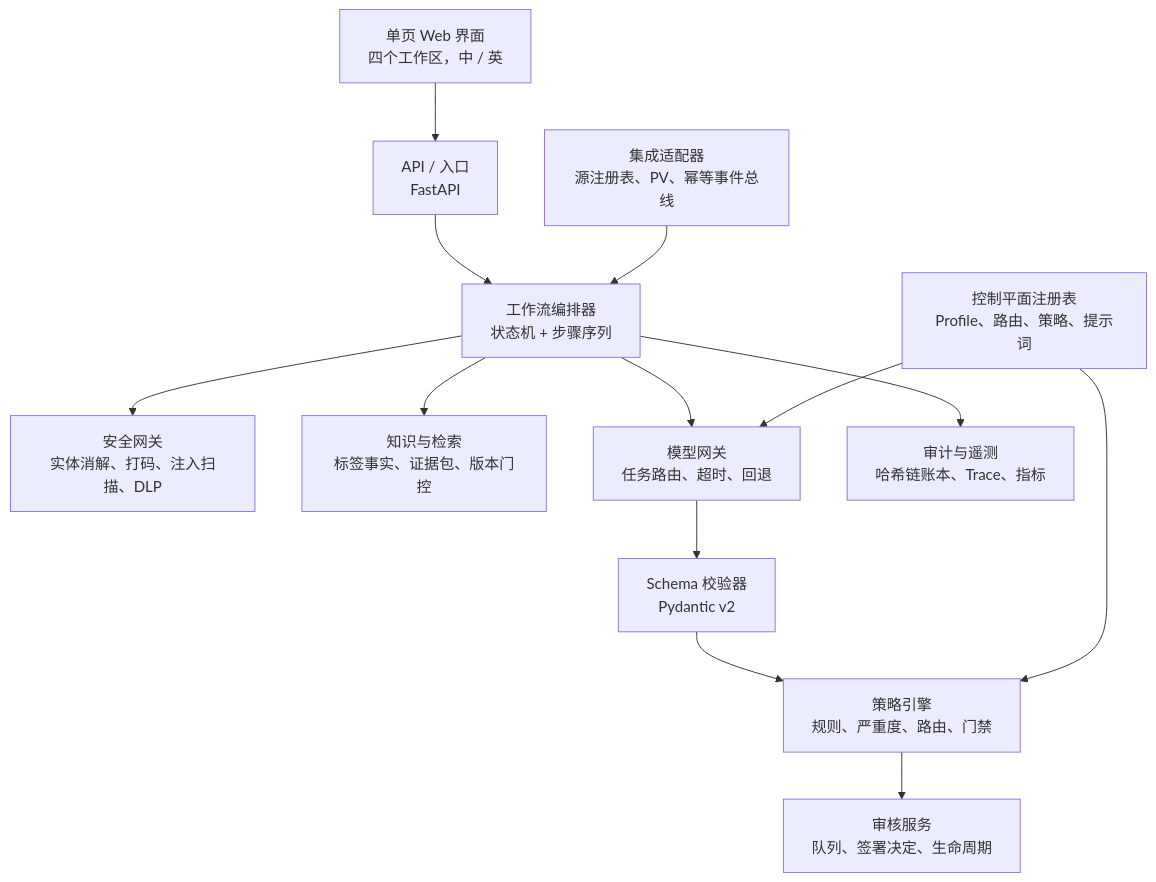
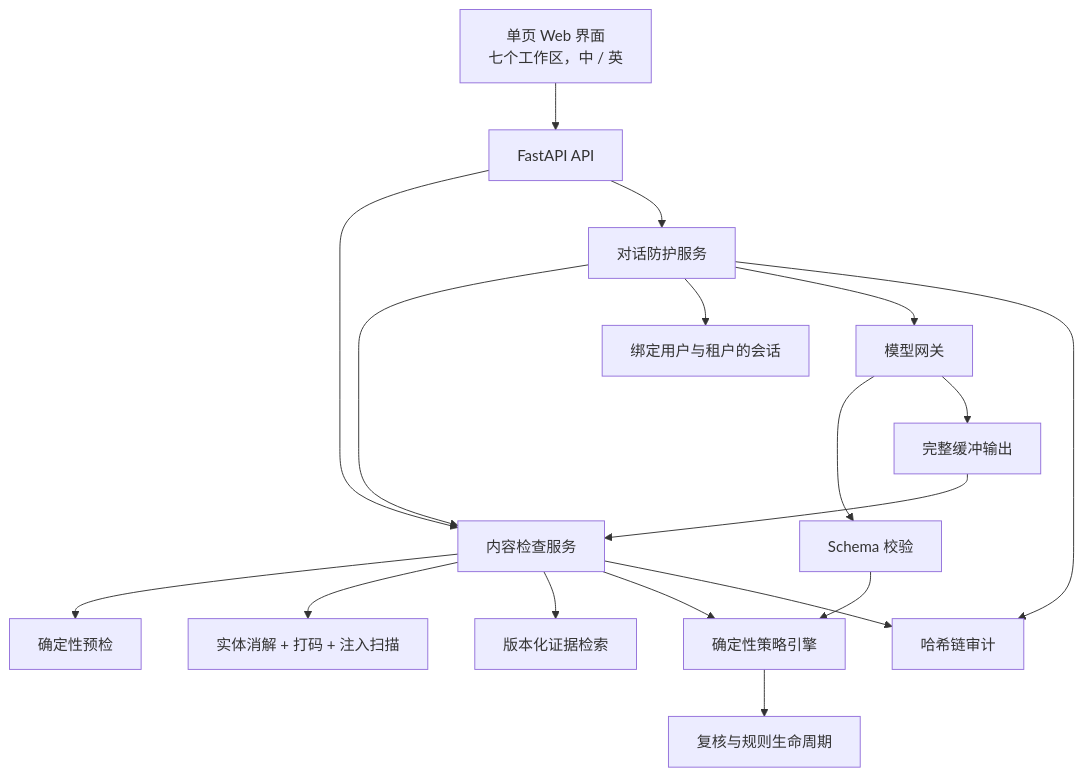
The second of 5 diagrams in docs/zh/architecture.md (Minus77/Compliance-AI-Guard), drawn with Mermaid before and after one commit. The commit also changed other lines of this file and 13 other files, not shown here.

````diff
--- a/docs/zh/architecture.md
+++ b/docs/zh/architecture.md
@@ -35,15 +55,20 @@
 ```mermaid
 graph TD
-    UI["单页 Web 界面<br/>四个工作区，中 / 英"] --> API["API / 入口<br/>FastAPI"]
-    API --> ORCH["工作流编排器<br/>状态机 + 步骤序列"]
-    ORCH --> SEC["安全网关<br/>实体消解、打码、注入扫描、DLP"]
-    ORCH --> KNW["知识与检索<br/>标签事实、证据包、版本门控"]
-    ORCH --> GW["模型网关<br/>任务路由、超时、回退"]
-    GW --> VAL["Schema 校验器<br/>Pydantic v2"]
-    VAL --> POL["策略引擎<br/>规则、严重度、路由、门禁"]
-    POL --> RVW["审核服务<br/>队列、签署决定、生命周期"]
-    ORCH --> AUD["审计与遥测<br/>哈希链账本、Trace、指标"]
-    CFG["控制平面注册表<br/>Profile、路由、策略、提示词"] --> GW
-    CFG --> POL
-    ADPT["集成适配器<br/>源注册表、PV、幂等事件总线"] --> ORCH
+    UI["单页 Web 界面<br/>七个工作区，中 / 英"] --> API["FastAPI API"]
+    API --> CHECK["内容检查服务"]
+    API --> CONV["对话防护服务"]
+    CHECK --> PRE["确定性预检"]
+    CHECK --> SEC["实体消解 + 打码 + 注入扫描"]
+    CONV --> CHECK
+    CONV --> SESSION["绑定用户与租户的会话"]
+    CHECK --> KNW["版本化证据检索"]
+    CONV --> GW["模型网关"]
+    GW --> VAL["Schema 校验"]
+    GW --> OUT["完整缓冲输出"]
+    OUT --> CHECK
+    VAL --> POL["确定性策略引擎"]
+    CHECK --> POL
+    POL --> REVIEW["复核与规则生命周期"]
+    CHECK --> AUDIT["哈希链审计"]
+    CONV --> AUDIT
 ```
````
